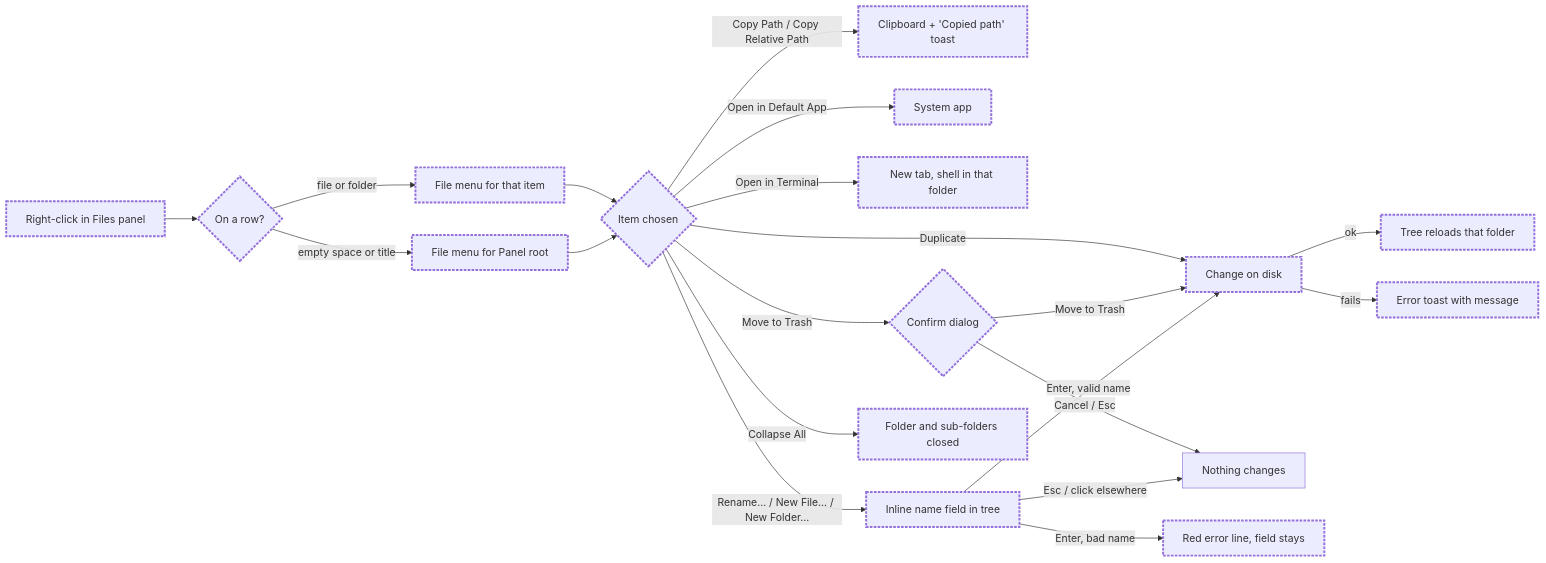
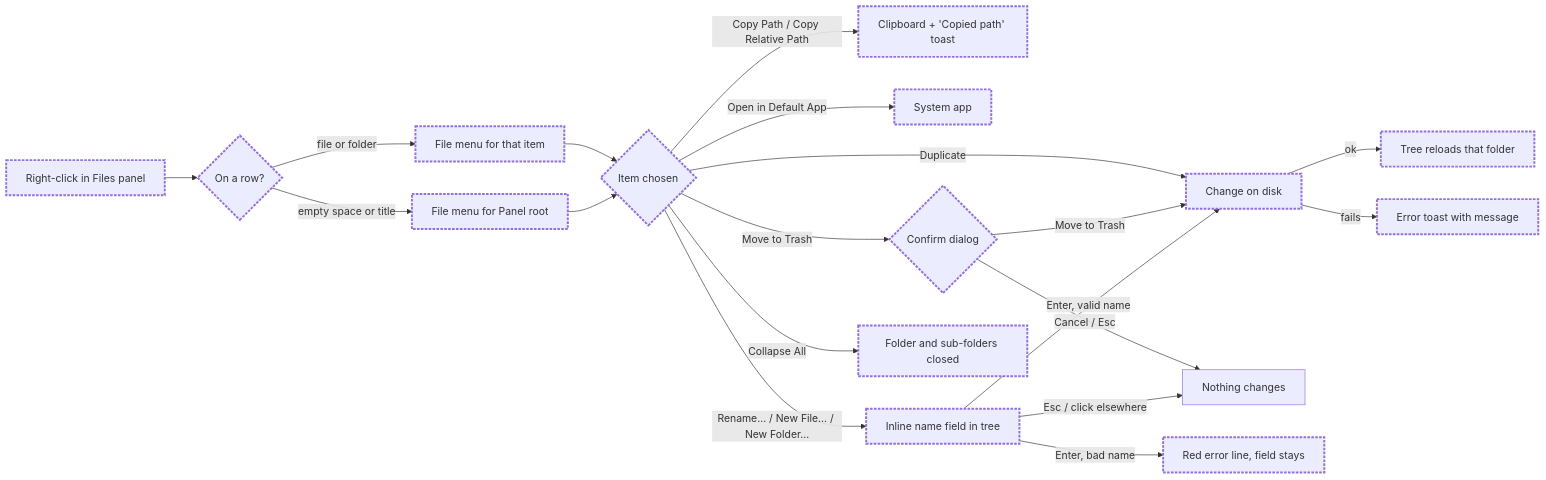
One commit to minhhuy1201/herdr-app changed the diagram in docs/specs/file-menu.md. Above: the diagram before and after it, drawn with Mermaid. The commit also changed other lines of this file and 6 other files, not shown here.

Commit message:
feat(ui): drop open in terminal from file menu

````diff
--- a/docs/specs/file-menu.md
+++ b/docs/specs/file-menu.md
@@ -27,23 +27,22 @@
 ```mermaid
 flowchart LR
     rclick["Right-click in Files panel"]:::new --> where{"On a row?"}:::new
     where -->|"file or folder"| menu["File menu for that item"]:::new
     where -->|"empty space or title"| rootMenu["File menu for Panel root"]:::new
     menu --> pick{"Item chosen"}:::new
     rootMenu --> pick
     pick -->|"Copy Path / Copy Relative Path"| clip["Clipboard + 'Copied path' toast"]:::new
     pick -->|"Open in Default App"| system["System app"]:::new
-    pick -->|"Open in Terminal"| tab["New tab, shell in that folder"]:::new
     pick -->|"Rename… / New File… / New Folder…"| field["Inline name field in tree"]:::new
     pick -->|"Duplicate"| change["Change on disk"]:::new
     pick -->|"Move to Trash"| confirm{"Confirm dialog"}:::new
     pick -->|"Collapse All"| fold["Folder and sub-folders closed"]:::new
     confirm -->|"Move to Trash"| change
     confirm -->|"Cancel / Esc"| nothing["Nothing changes"]
     field -->|"Enter, valid name"| change
     field -->|"Enter, bad name"| error["Red error line, field stays"]:::new
     field -->|"Esc / click elsewhere"| nothing
     change -->|"ok"| tree["Tree reloads that folder"]:::new
     change -->|"fails"| toast["Error toast with message"]:::new
     classDef new stroke-width:3px,stroke-dasharray:4 2
 ```
````
